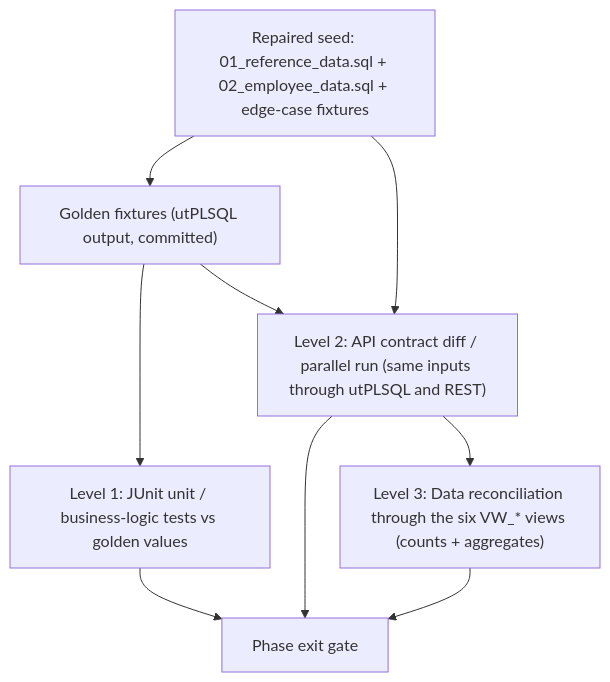
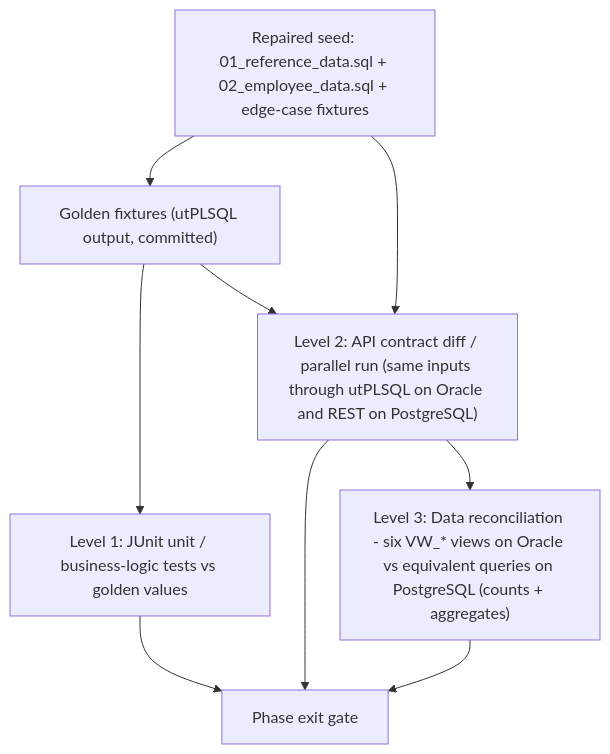
The diagram in TEST_STRATEGY.md (codev-workshops/ts-plsql-oracle-forms-hrms), drawn with Mermaid before and after one commit. The commit also changed other lines of this file and 6 other files, not shown here.

First line of the commit message:
docs: PostgreSQL target, pure-Java rewrite, legacy PL/SQL as Oracle-only golden oracle

````diff
--- a/TEST_STRATEGY.md
+++ b/TEST_STRATEGY.md
@@ -21,18 +23,18 @@
 ```mermaid
 graph TD
   SEED["Repaired seed: 01_reference_data.sql + 02_employee_data.sql + edge-case fixtures"]
   L1["Level 1: JUnit unit / business-logic tests vs golden values"]
-  L2["Level 2: API contract diff / parallel run (same inputs through utPLSQL and REST)"]
-  L3["Level 3: Data reconciliation through the six VW_* views (counts + aggregates)"]
+  L2["Level 2: API contract diff / parallel run (same inputs through utPLSQL on Oracle and REST on PostgreSQL)"]
+  L3["Level 3: Data reconciliation - six VW_* views on Oracle vs equivalent queries on PostgreSQL (counts + aggregates)"]
   GOLD["Golden fixtures (utPLSQL output, committed)"]
   GATE["Phase exit gate"]
 
   SEED --> GOLD
   GOLD --> L1
   GOLD --> L2
   SEED --> L2
   L2 --> L3
   L1 --> GATE
   L2 --> GATE
   L3 --> GATE
 ```
````
